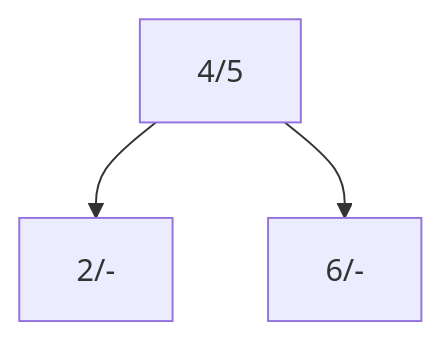
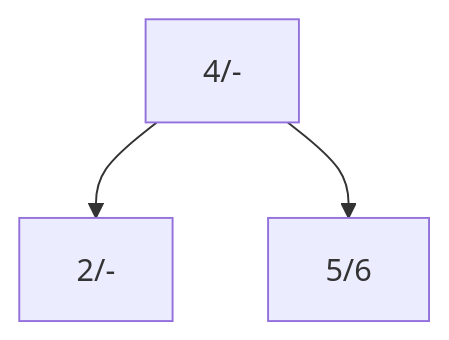
The third of 8 diagrams in Lab3/Lab3_B-Tree_Exercise.md (chdonncha/Advanced-Databases), drawn with Mermaid before and after one commit. The commit also changed other lines of this file and 1 other file, not shown here.

````diff
--- a/Lab3/Lab3_B-Tree_Exercise.md
+++ b/Lab3/Lab3_B-Tree_Exercise.md
@@ -21,5 +22,5 @@
 ```{mermaid}
   graph TD
-    4/5 --> 2/-
-    4/5 --> 6/-
+    4/- --> 2/-
+    4/- --> 5/6
 ```
````
